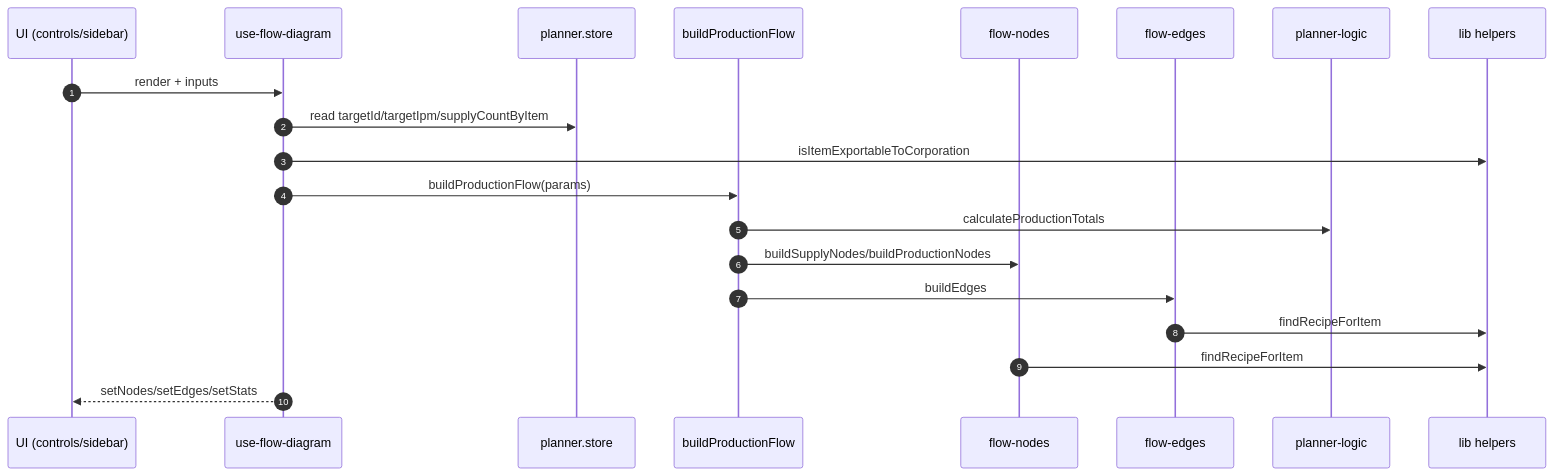
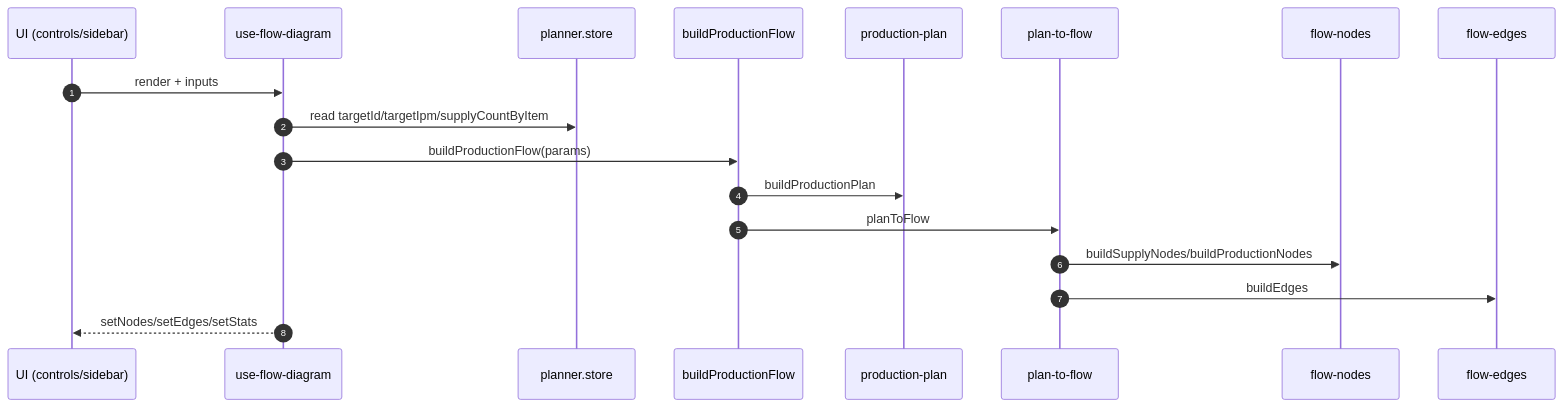
One commit to javiluli/starrupture-planner changed the second of 2 diagrams in src/features/planner/README.md. Above: the diagram before and after it, drawn with Mermaid. The commit also changed other lines of this file and 32 other files, not shown here.

Commit message:
Refactor planner flow and production plan

````diff
--- a/src/features/planner/README.md
+++ b/src/features/planner/README.md
@@ -126,23 +104,21 @@
 ```mermaid
 sequenceDiagram
   autonumber
   participant UI as UI (controls/sidebar)
   participant Hook as use-flow-diagram
   participant Store as planner.store
   participant Builder as buildProductionFlow
+  participant Plan as production-plan
+  participant PlanToFlow as plan-to-flow
   participant CoreNodes as flow-nodes
   participant CoreEdges as flow-edges
-  participant Logic as planner-logic
-  participant Lib as lib helpers
 
   UI->>Hook: render + inputs
   Hook->>Store: read targetId/targetIpm/supplyCountByItem
-  Hook->>Lib: isItemExportableToCorporation
   Hook->>Builder: buildProductionFlow(params)
-  Builder->>Logic: calculateProductionTotals
-  Builder->>CoreNodes: buildSupplyNodes/buildProductionNodes
-  Builder->>CoreEdges: buildEdges
-  CoreEdges->>Lib: findRecipeForItem
-  CoreNodes->>Lib: findRecipeForItem
+  Builder->>Plan: buildProductionPlan
+  Builder->>PlanToFlow: planToFlow
+  PlanToFlow->>CoreNodes: buildSupplyNodes/buildProductionNodes
+  PlanToFlow->>CoreEdges: buildEdges
   Hook-->>UI: setNodes/setEdges/setStats
 ```
````
